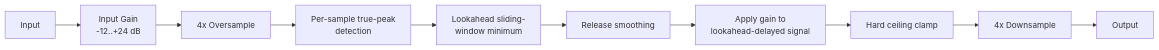
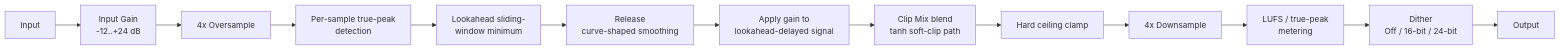
The diagram in docs/architecture.md (basilica-audio/Apotheosis), drawn with Mermaid before and after one commit. The commit also changed other lines of this file and 17 other files, not shown here.

First line of the commit message:
M1: DSP completion (Release Curve, Clip Mix, Dither, metering) + broadened test coverage (#8)

````diff
--- a/docs/architecture.md
+++ b/docs/architecture.md
@@ -5,12 +5,15 @@
 ```mermaid
 flowchart LR
     IN[Input] --> GAIN[Input Gain<br/>-12..+24 dB]
     GAIN --> UP[4x Oversample]
     UP --> DET[Per-sample true-peak<br/>detection]
     DET --> MIN[Lookahead sliding-<br/>window minimum]
-    MIN --> REL[Release smoothing]
+    MIN --> REL[Release<br/>curve-shaped smoothing]
     REL --> APPLY[Apply gain to<br/>lookahead-delayed signal]
-    APPLY --> CLAMP[Hard ceiling clamp]
+    APPLY --> CLIP[Clip Mix blend<br/>tanh soft-clip path]
+    CLIP --> CLAMP[Hard ceiling clamp]
     CLAMP --> DOWN[4x Downsample]
-    DOWN --> OUT[Output]
+    DOWN --> METER[LUFS / true-peak<br/>metering]
+    METER --> DITHER[Dither<br/>Off / 16-bit / 24-bit]
+    DITHER --> OUT[Output]
 ```
````
